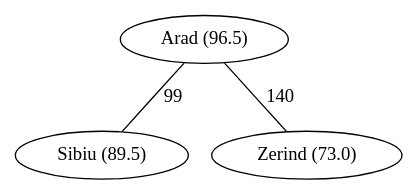
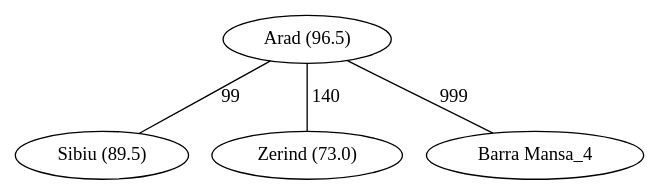
The diagram in trabalho2/teste_arvore.gv (thiago9864/inteligencia_artificial), drawn with Graphviz before and after one commit. The commit also changed 7 other files, not shown here.

```diff
--- a/trabalho2/teste_arvore.gv
+++ b/trabalho2/teste_arvore.gv
@@ -1,4 +1,5 @@
 graph {
    "Arad (96.5)"--"Sibiu (89.5)" [label=99]
    "Arad (96.5)"--"Zerind (73.0)" [label=140]
+   "Arad (96.5)"--"Barra Mansa_4" [label=999]
 }
```
